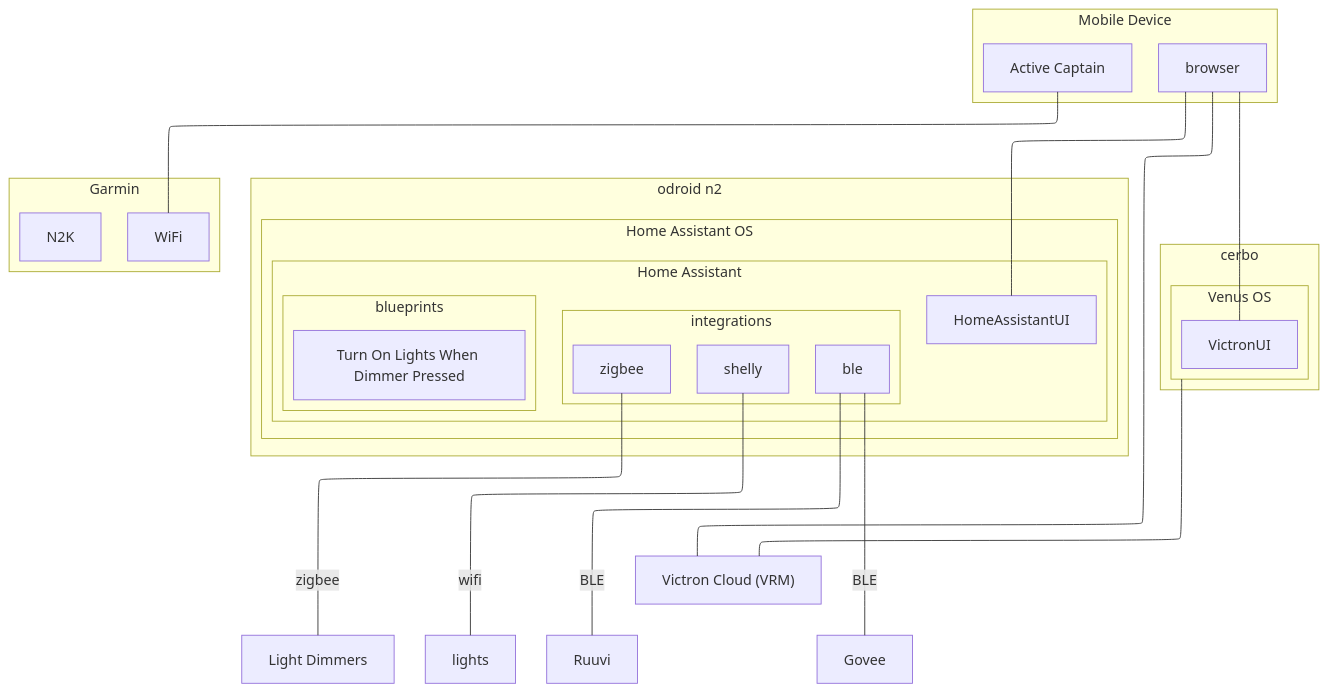
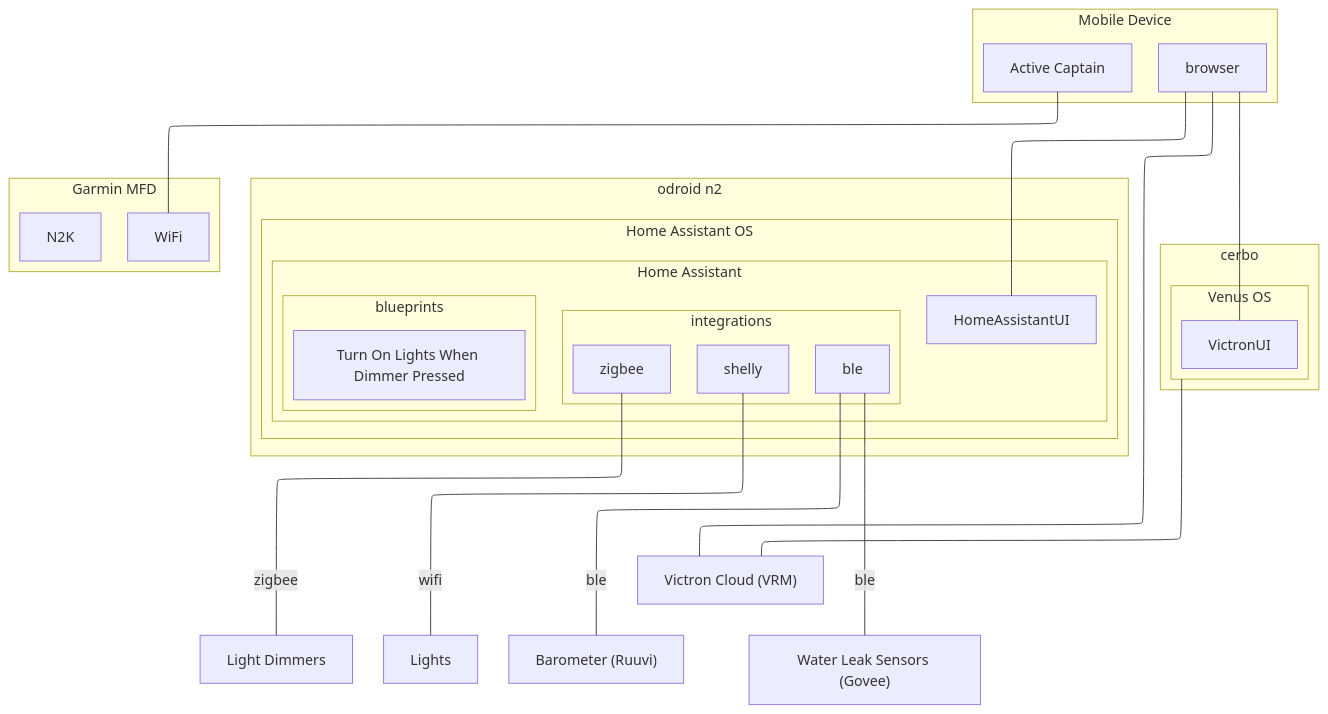
Before and after one commit to dcoon/svharmony: the second of 2 diagrams in owners_manual/Network.md, drawn with Mermaid.

Commit message:
vault backup: 2024-01-14 18:08:57

````diff
--- a/owners_manual/Network.md
+++ b/owners_manual/Network.md
@@ -49,48 +49,48 @@
 ```mermaid
 flowchart-elk
 
 subgraph cerbo
 	subgraph venus["Venus OS"]
 		vui["VictronUI"]
 	end
 end
 venus --- vrm["Victron Cloud (VRM)"]
 
 subgraph odroid["odroid n2"]
 	subgraph haos["Home Assistant OS"]
 		subgraph ha["Home Assistant"]
 			haui["HomeAssistantUI"]
 			subgraph integrations
 				shelly
 				zigbee
 				ble
 			end
 			subgraph blueprints
 				lightautomation["Turn On Lights When Dimmer Pressed"]
 			end
 		end
 	end
 end
 
-subgraph MFD["Garmin"]
+subgraph MFD["Garmin MFD"]
 	N2K
 	WiFi
 end
 
 
 zigbee ---|zigbee| dimmers["Light Dimmers"]
-shelly ---|wifi| lights
+shelly ---|wifi| lights["Lights"]
 
-ble ---|BLE| Ruuvi
-ble ---|BLE| Govee
+ble ---|ble| ruuvi["Barometer (Ruuvi)"]
+ble ---|ble| govee["Water Leak Sensors (Govee)"]
 
 subgraph mobile["Mobile Device"]
 	browser --- haui
 	browser --- vui
 
 	ac["Active Captain"] --- WiFi
 end
 
 browser --- vrm
 
 ```
````
